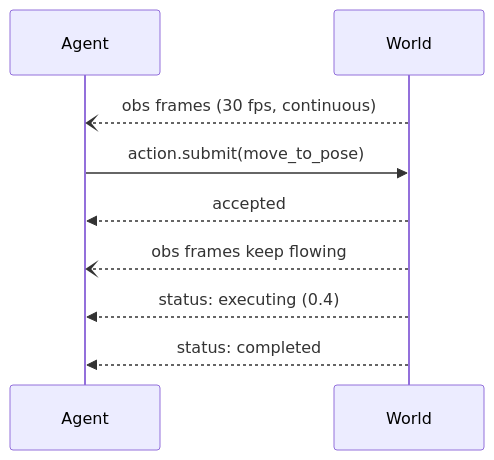
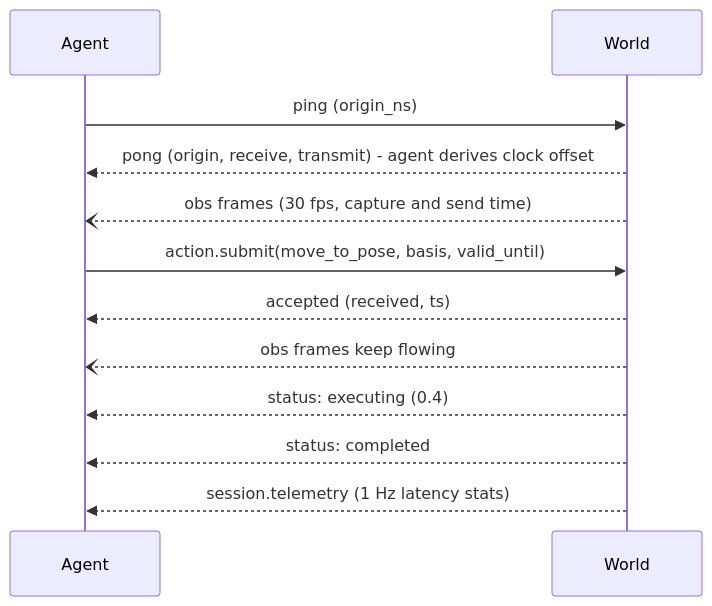
Before and after one commit to Hyperduality/agent-world-protocol: the second of 2 diagrams in concepts/time-models.mdx, drawn with Mermaid. The commit also changed other lines of this file and 119 other files, not shown here.

````diff
--- a/concepts/time-models.mdx
+++ b/concepts/time-models.mdx
@@ -32,11 +32,14 @@
 ```mermaid
 sequenceDiagram
     participant A as Agent
     participant W as World
-    W--)A: obs frames (30 fps, continuous)
-    A->>W: action.submit(move_to_pose)
-    W-->>A: accepted
+    A->>W: ping (origin_ns)
+    W-->>A: pong (origin, receive, transmit) - agent derives clock offset
+    W--)A: obs frames (30 fps, capture and send time)
+    A->>W: action.submit(move_to_pose, basis, valid_until)
+    W-->>A: accepted (received, ts)
     W--)A: obs frames keep flowing
     W-->>A: status: executing (0.4)
     W-->>A: status: completed
+    W-->>A: session.telemetry (1 Hz latency stats)
 ```
````
